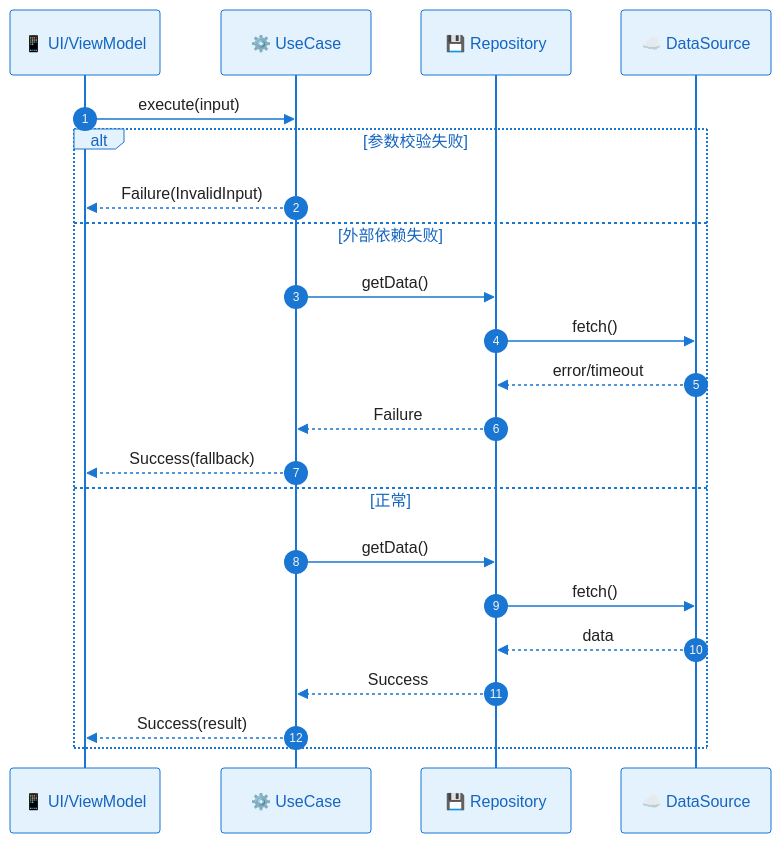
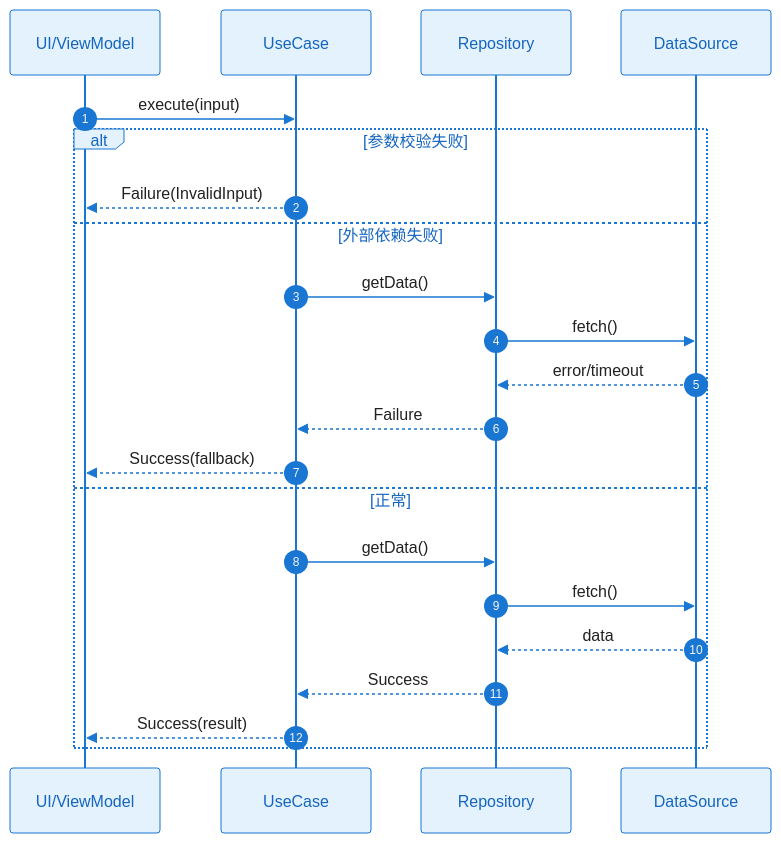
One commit to jackykarma/Verity changed the fifth of 11 diagrams in .specify/templates/plan-template.md. Above: the diagram before and after it, drawn with Mermaid. The commit also changed other lines of this file and 1 other file, not shown here.

Commit message:
移除mermaid使用emoji

````diff
--- a/.specify/templates/plan-template.md
+++ b/.specify/templates/plan-template.md
@@ -384,28 +384,28 @@
 ```mermaid
 %%{init: {'theme': 'base', 'themeVariables': { 'actorBkg': '#E3F2FD', 'actorBorder': '#1976D2', 'actorTextColor': '#1565C0', 'signalColor': '#1976D2', 'signalTextColor': '#212121', 'noteBkgColor': '#FFF8E1', 'noteBorderColor': '#FFC107'}}}%%
 sequenceDiagram
     autonumber
     
-    participant UI as 📱 UI/ViewModel
-    participant UC as ⚙️ UseCase
-    participant Repo as 💾 Repository
-    participant DS as ☁️ DataSource
+    participant UI as UI/ViewModel
+    participant UC as UseCase
+    participant Repo as Repository
+    participant DS as DataSource
 
     UI->>UC: execute(input)
     
     alt 参数校验失败
         UC-->>UI: Failure(InvalidInput)
     else 外部依赖失败
         UC->>Repo: getData()
         Repo->>DS: fetch()
         DS-->>Repo: error/timeout
         Repo-->>UC: Failure
         UC-->>UI: Success(fallback)
     else 正常
         UC->>Repo: getData()
         Repo->>DS: fetch()
         DS-->>Repo: data
         Repo-->>UC: Success
         UC-->>UI: Success(result)
     end
 ```
````
